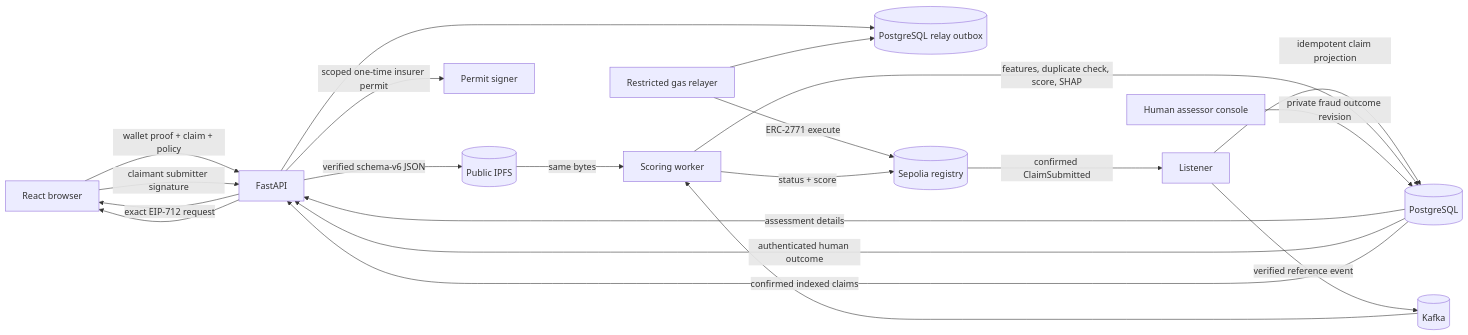
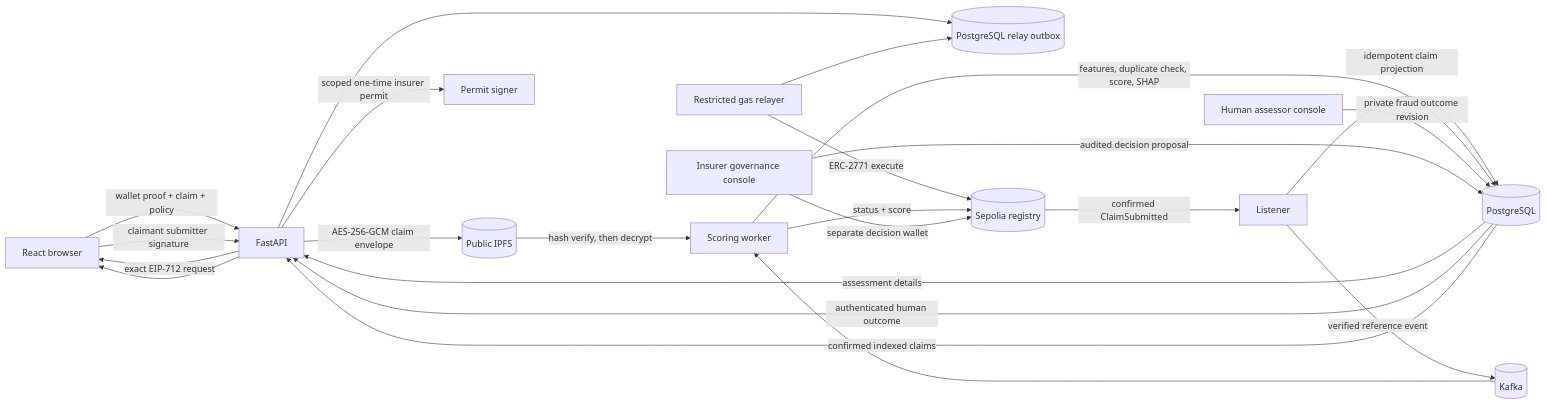
Before and after one commit to ganesh1997oli/Decentralized-Claims-Registry: the first of 3 diagrams in README.md, drawn with Mermaid. The commit also changed other lines of this file and 64 other files, not shown here.

````diff
--- a/README.md
+++ b/README.md
@@ -13,23 +13,25 @@
 ```mermaid
 flowchart LR
     Browser["React browser"] -->|"wallet proof + claim + policy"| API["FastAPI"]
-    API -->|"verified schema-v6 JSON"| IPFS[("Public IPFS")]
+    API -->|"AES-256-GCM claim envelope"| IPFS[("Public IPFS")]
     API -->|"scoped one-time insurer permit"| Permit["Permit signer"]
     API -->|"exact EIP-712 request"| Browser
     Browser -->|"claimant submitter signature"| API
     API --> Outbox[("PostgreSQL relay outbox")]
     Relayer["Restricted gas relayer"] --> Outbox
     Relayer -->|"ERC-2771 execute"| Chain[("Sepolia registry")]
     Chain -->|"confirmed ClaimSubmitted"| Listener["Listener"]
     Listener -->|"idempotent claim projection"| Postgres[("PostgreSQL")]
     Listener -->|"verified reference event"| Kafka[("Kafka")]
     Kafka --> Worker["Scoring worker"]
-    IPFS -->|"same bytes"| Worker
+    IPFS -->|"hash verify, then decrypt"| Worker
     Worker -->|"features, duplicate check, score, SHAP"| Postgres
     Worker -->|"status + score"| Chain
     Assessor["Human assessor console"] -->|"private fraud outcome revision"| Postgres
+    Governance["Insurer governance console"] -->|"audited decision proposal"| Postgres
+    Governance -->|"separate decision wallet"| Chain
     Postgres -->|"assessment details"| API
     Postgres -->|"authenticated human outcome"| API
     Postgres -->|"confirmed indexed claims"| API
     API --> Browser
 ```
````
